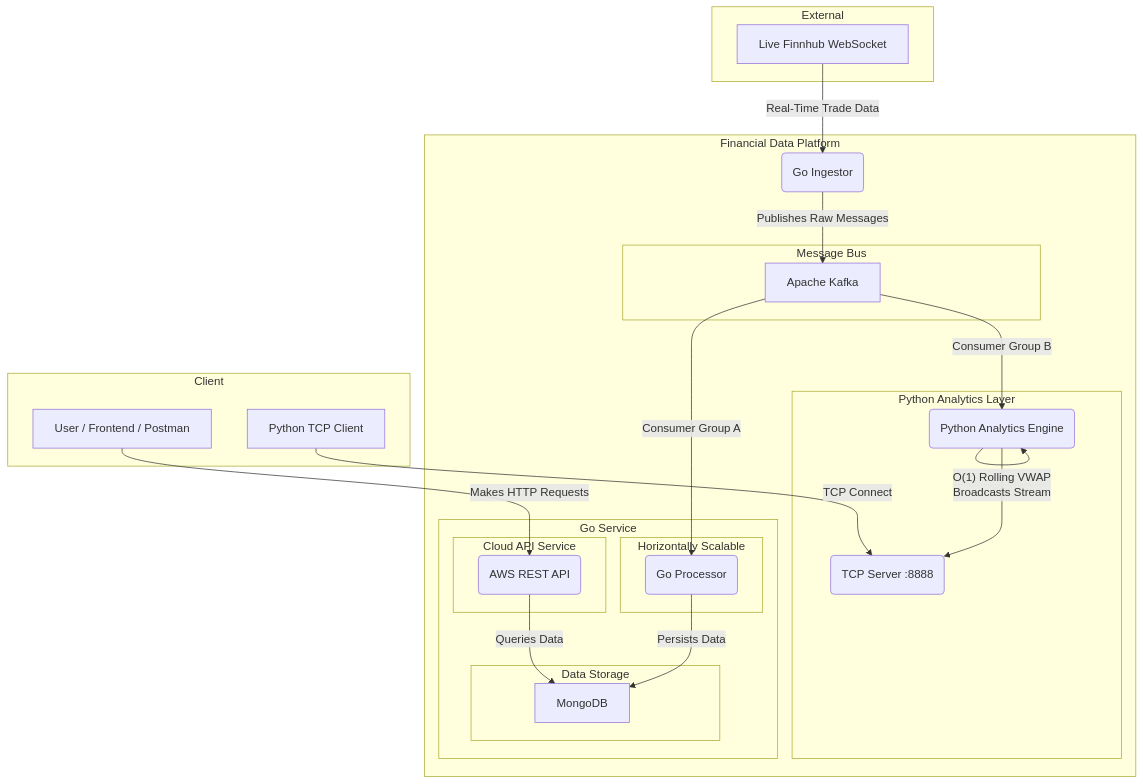
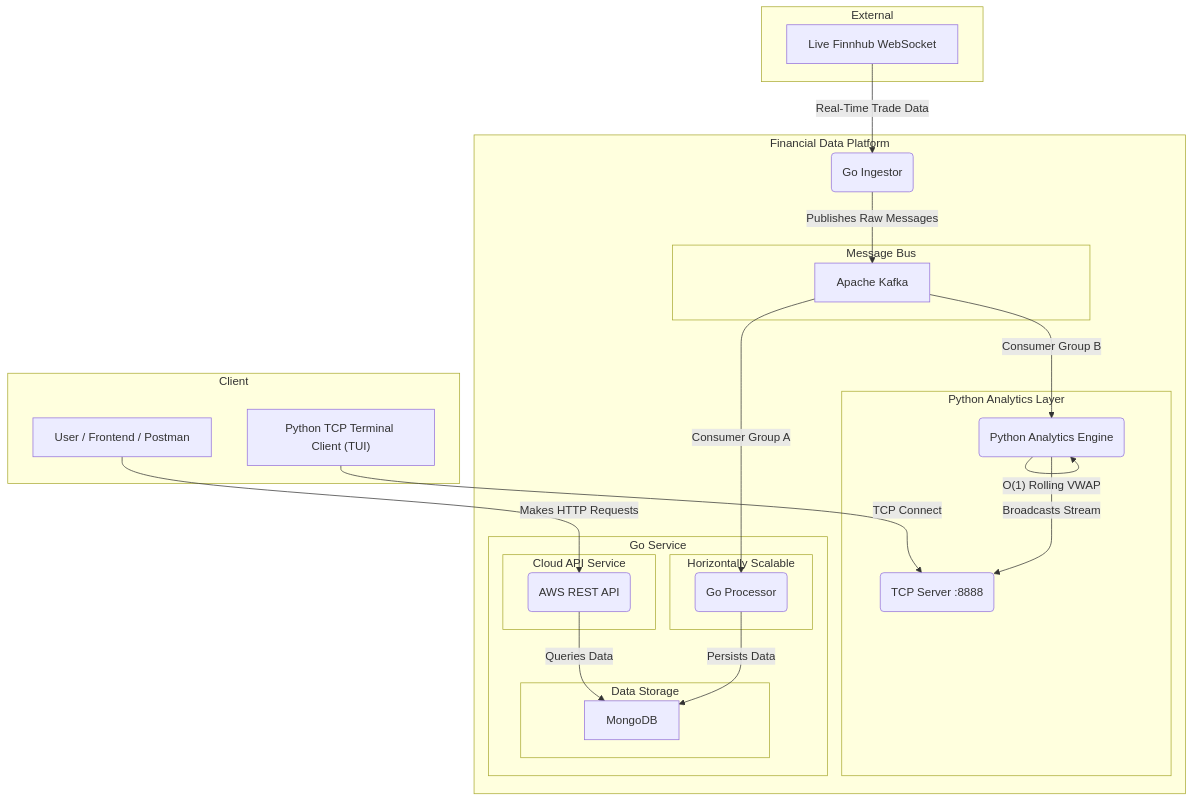
One commit to WillSyd2023/financial-data-backend-2 changed the diagram in README.md. Above: the diagram before and after it, drawn with Mermaid. The commit also changed other lines of this file and 3 other files, not shown here.

````diff
--- a/README.md
+++ b/README.md
@@ -21,45 +25,45 @@
 ```mermaid
 graph TD
     subgraph External
         A[Live Finnhub WebSocket]
     end
 
     subgraph "Financial Data Platform"
         B(Go Ingestor)
         subgraph "Message Bus"
             C[Apache Kafka]
         end
         subgraph "Go Service"
             subgraph "Horizontally Scalable"
                 D(Go Processor)
             end
             subgraph "Data Storage"
                 E[MongoDB]
             end
             subgraph "Cloud API Service"
                 F(AWS REST API)
             end
         end
         subgraph "Python Analytics Layer"
             H(Python Analytics Engine)
             I(TCP Server :8888)
         end
     end
 
     subgraph Client
         G[User / Frontend / Postman]
-        J[Python TCP Client]
+        J["Python TCP Terminal Client (TUI)"]
     end
 
     A -- Real-Time Trade Data --> B
     B -- Publishes Raw Messages --> C
     C -- Consumer Group A --> D
     D -- Persists Data --> E
     F -- Queries Data --> E
     G -- Makes HTTP Requests --> F
 
     C -- Consumer Group B --> H
     H -- O(1) Rolling VWAP --> H
     H -- Broadcasts Stream --> I
     J -- TCP Connect --> I
 ```
````
